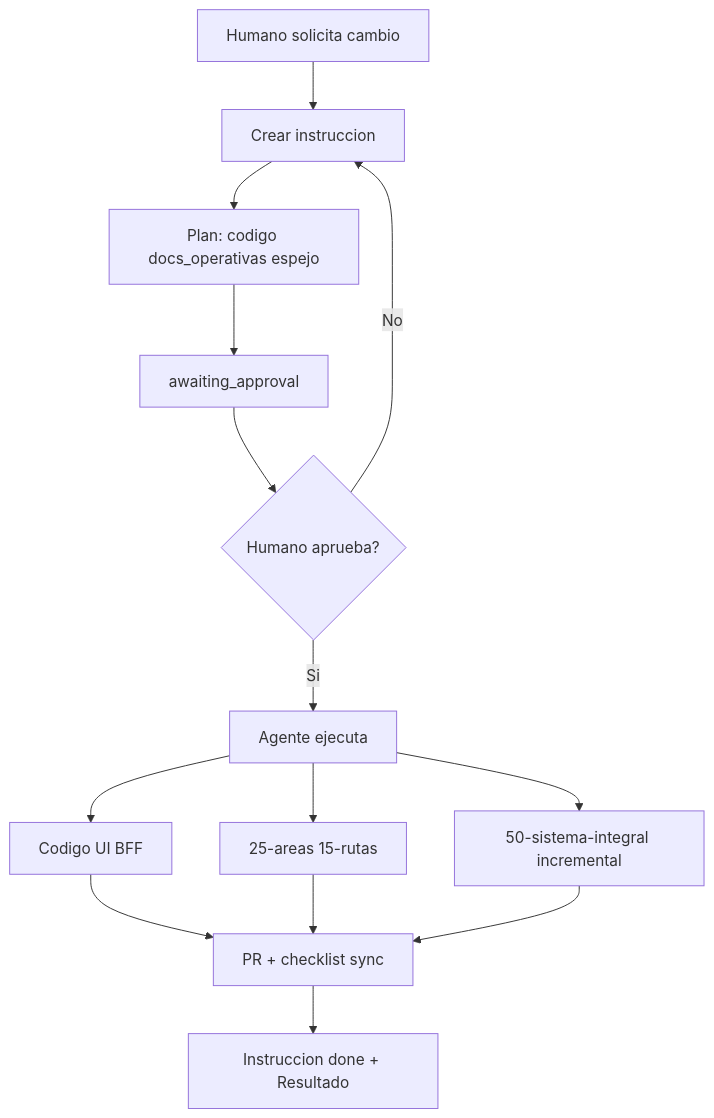
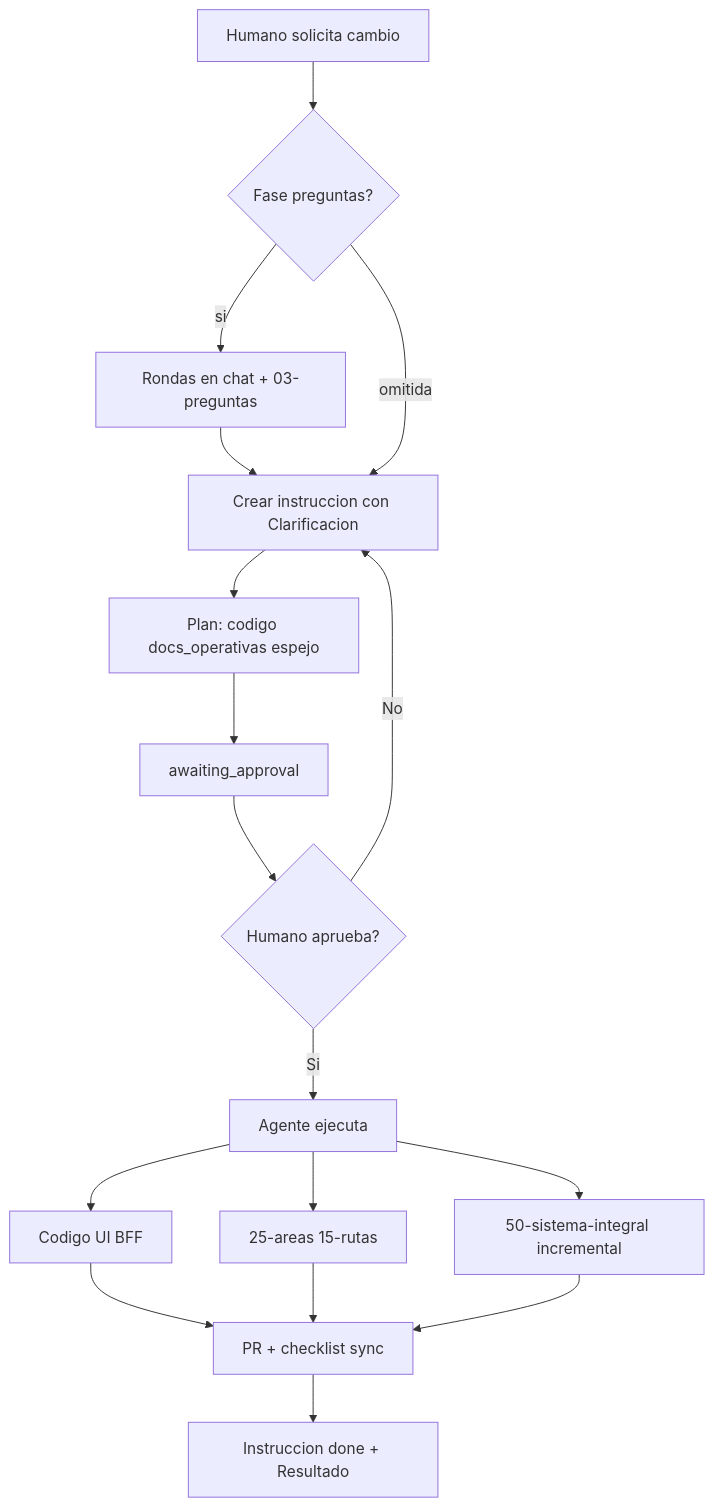
Before and after one commit to uxlelmar-eaac/uxyngraphar-kit: the first of 2 diagrams in español/frontend/10-guias/flujo-instrucciones-documentacion.md, drawn with Mermaid. The commit also changed other lines of this file and 104 other files, not shown here.

````diff
--- a/español/frontend/10-guias/flujo-instrucciones-documentacion.md
+++ b/español/frontend/10-guias/flujo-instrucciones-documentacion.md
@@ -16,16 +16,19 @@
 ```mermaid
 flowchart TD
-  H[Humano solicita cambio] --> I[Crear instruccion]
+  H[Humano solicita cambio] --> Q{Fase preguntas?}
+  Q -->|si| Rondas[Rondas en chat + 03-preguntas]
+  Rondas --> I[Crear instruccion con Clarificacion]
+  Q -->|omitida| I
   I --> P[Plan: codigo docs_operativas espejo]
   P --> W[awaiting_approval]
   W --> A{Humano aprueba?}
   A -->|No| I
   A -->|Si| E[Agente ejecuta]
   E --> C[Codigo UI BFF]
   E --> O[25-areas 15-rutas]
   E --> M[50-sistema-integral incremental]
   C --> R[PR + checklist sync]
   O --> R
   M --> R
   R --> D[Instruccion done + Resultado]
 ```
````
